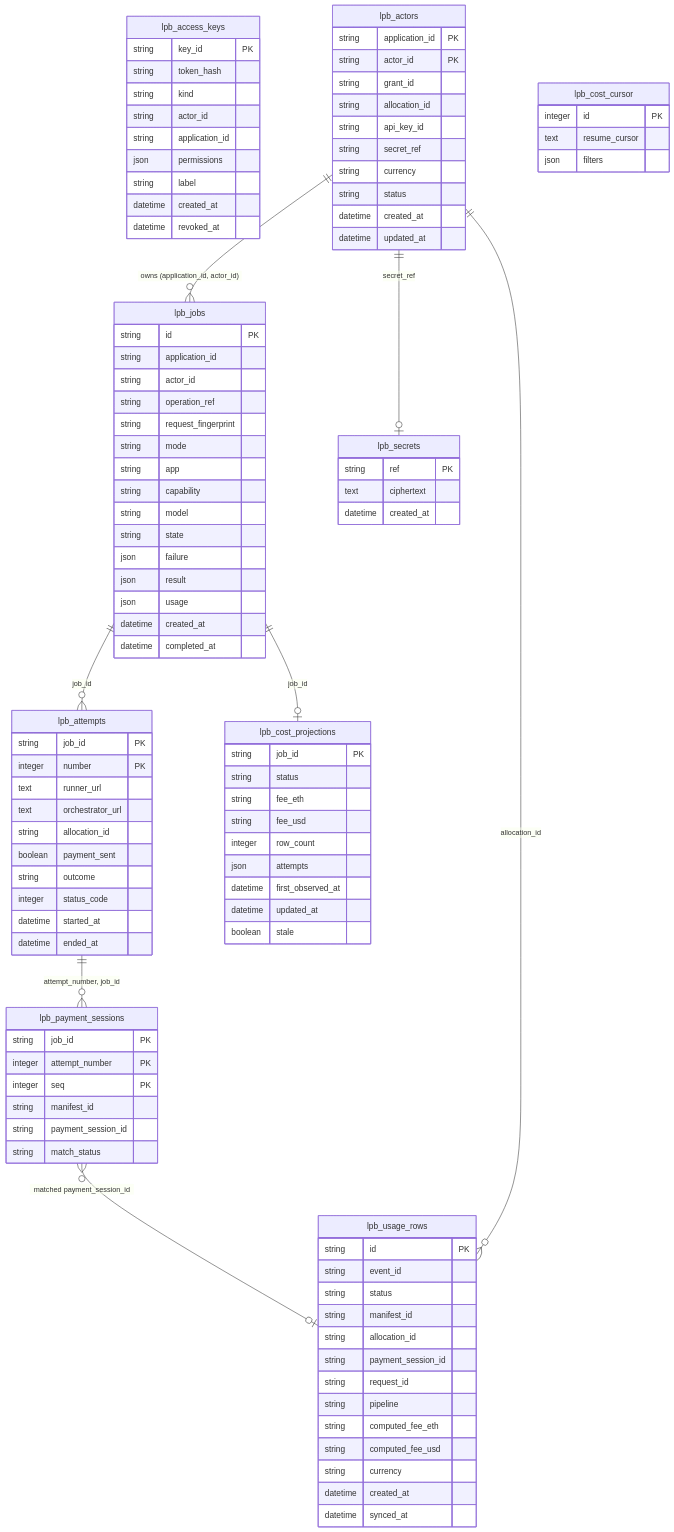
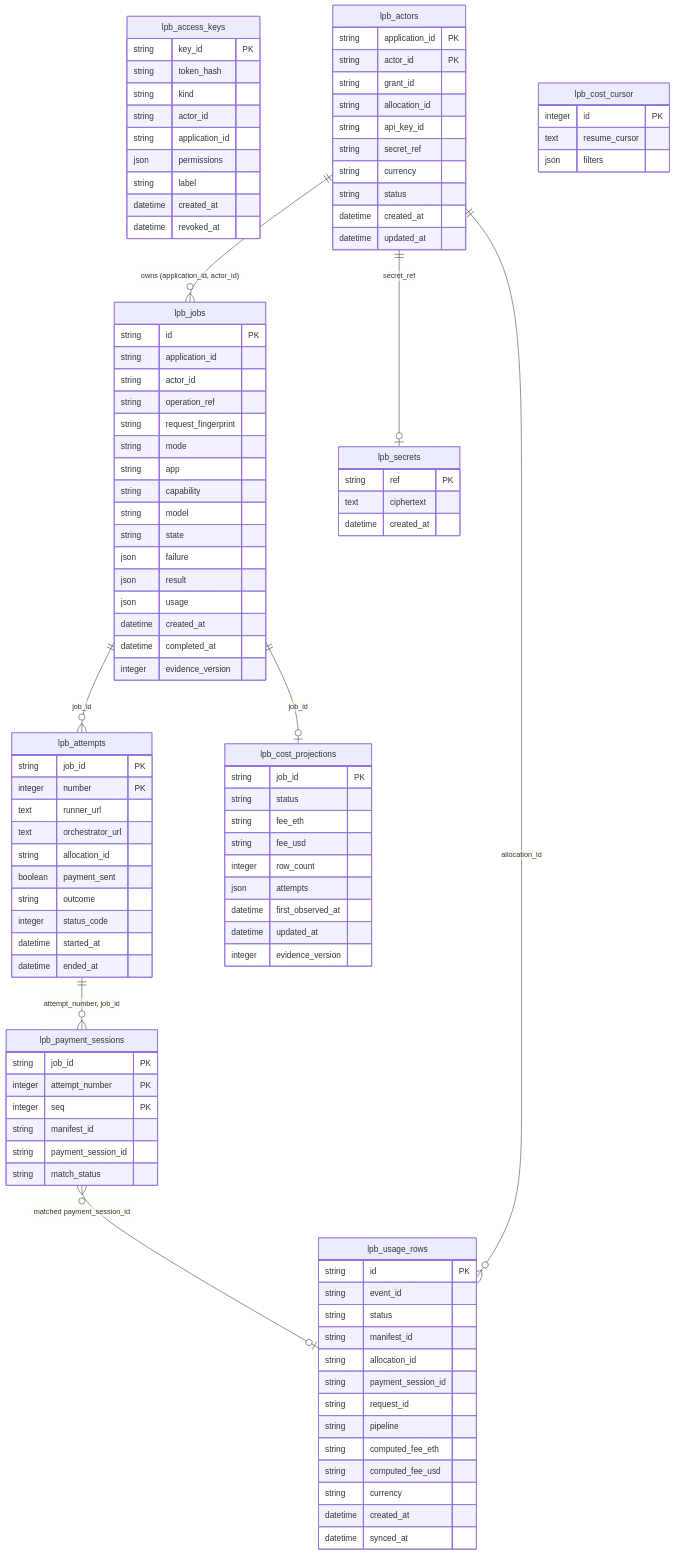
One commit to NE-Build-Track/livepeer-builder-core changed the diagram in docs/generated/db-schema.md. Above: the diagram before and after it, drawn with Mermaid. The commit also changed other lines of this file and 13 other files, not shown here.

First line of the commit message:
fix(cost): version each job's evidence so a concurrent sync cannot hide a fee (#43 review)

```diff
--- a/docs/generated/db-schema.md
+++ b/docs/generated/db-schema.md
@@ -56,7 +56,7 @@
         json attempts
         datetime first_observed_at
         datetime updated_at
-        boolean stale
+        integer evidence_version
     }
     lpb_jobs {
         string id PK
@@ -74,6 +74,7 @@
         json usage
         datetime created_at
         datetime completed_at
+        integer evidence_version
     }
     lpb_payment_sessions {
         string job_id PK
```
